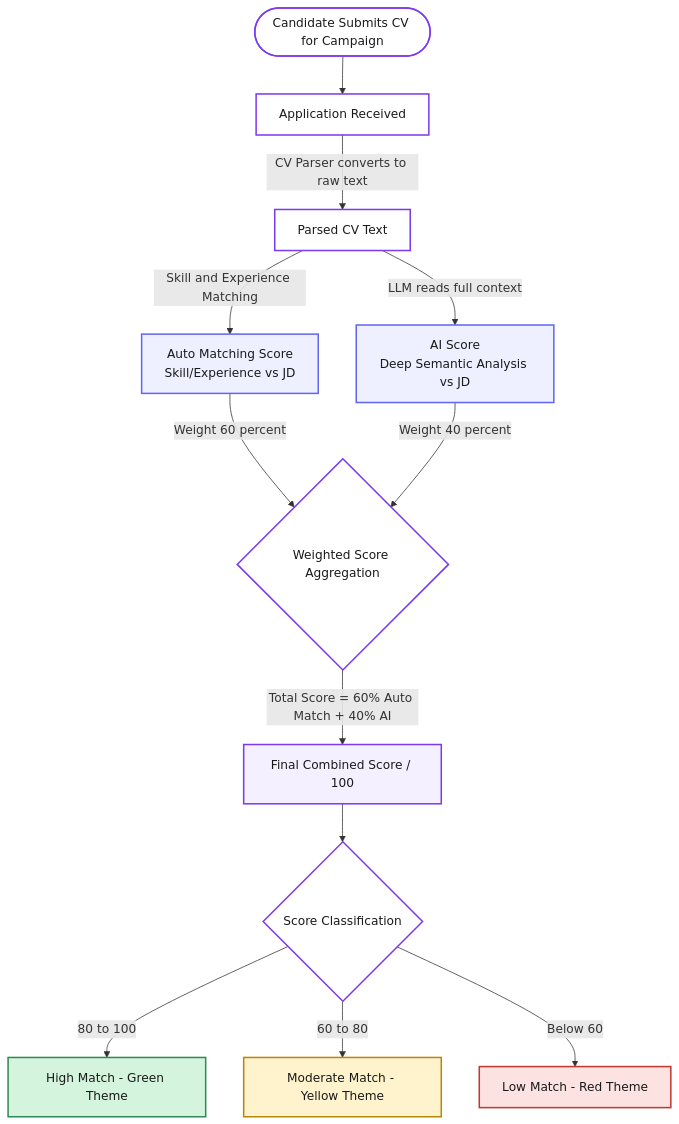
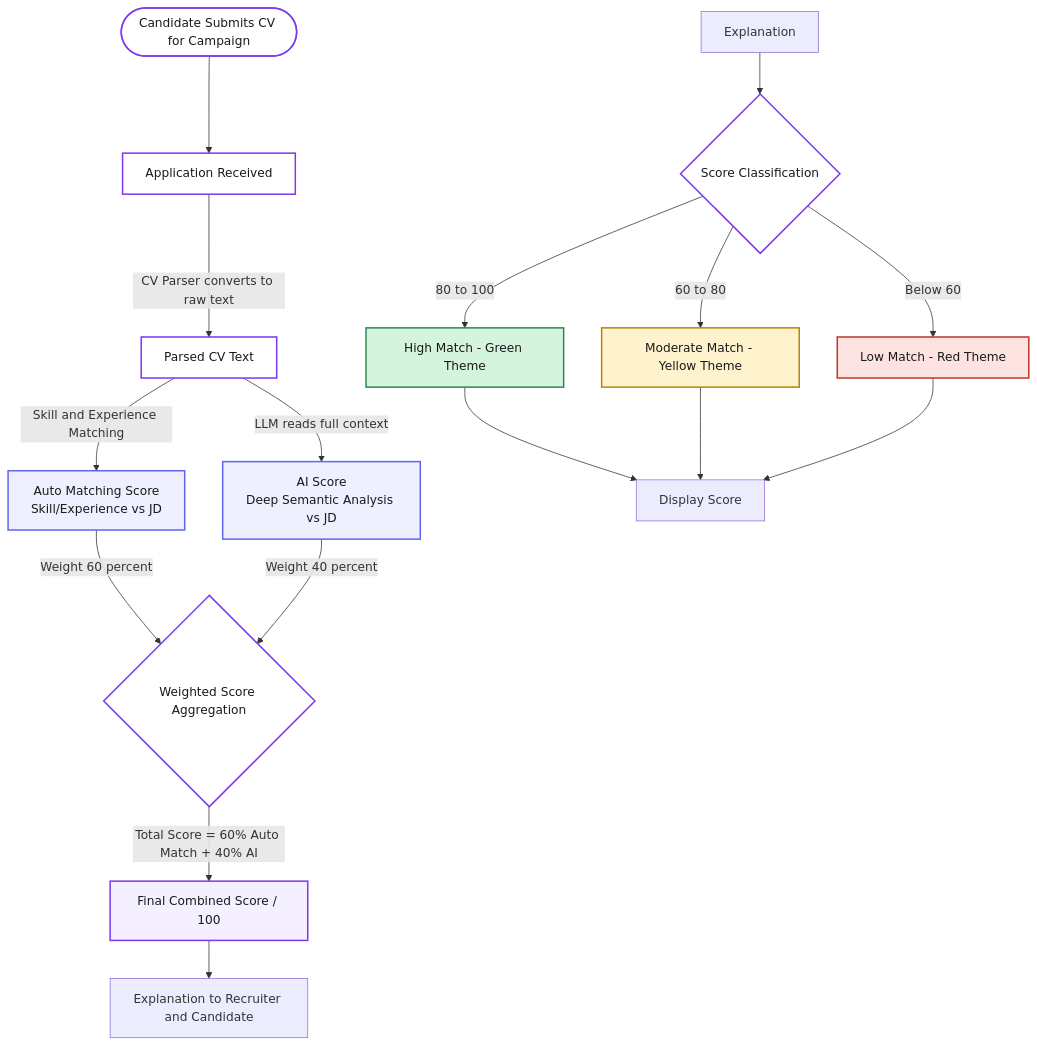
Before and after one commit to quocuy0112/Software-Engineering---Group-9: the diagram in docs/vision_document_preview/Usercase_Diagram_Scoring_Engine.md, drawn with Mermaid. The commit also changed other lines of this file and 4 other files, not shown here.

````diff
--- a/docs/vision_document_preview/Usercase_Diagram_Scoring_Engine.md
+++ b/docs/vision_document_preview/Usercase_Diagram_Scoring_Engine.md
@@ -29,33 +29,39 @@
 ```mermaid
 flowchart TD
     Start([Candidate Submits CV for Campaign]) --> Submitted[Application Received]
     Submitted -->|CV Parser converts to raw text| Parsed[Parsed CV Text]
 
     Parsed -->|Skill and Experience Matching| AutoScore[Auto Matching Score<br/>Skill/Experience vs JD]
     Parsed -->|LLM reads full context| AIScore[AI Score<br/>Deep Semantic Analysis vs JD]
 
     AutoScore -->|Weight 60 percent| Combine{Weighted Score Aggregation}
     AIScore -->|Weight 40 percent| Combine
 
     Combine -->|Total Score = 60% Auto Match + 40% AI| FinalScore[Final Combined Score / 100]
 
-    FinalScore --> Classify{Score Classification}
+    FinalScore --> Explaination[Explanation to Recruiter and Candidate]
+
+    Explanation --> Classify{Score Classification}
 
     Classify -->|80 to 100| Green[High Match - Green Theme]
     Classify -->|60 to 80| Yellow[Moderate Match - Yellow Theme]
     Classify -->|Below 60| Red[Low Match - Red Theme]
+
+    Green --> Display[Display Score]
+    Yellow --> Display[Display Score]
+    Red --> Display[Display Score]
 
     style Start fill:#ffffff,stroke:#7c3aed,stroke-width:2px,color:#1a1a1a
     style Submitted fill:#ffffff,stroke:#7c3aed,stroke-width:2px,color:#1a1a1a
     style Parsed fill:#ffffff,stroke:#7c3aed,stroke-width:2px,color:#1a1a1a
     style Combine fill:#ffffff,stroke:#7c3aed,stroke-width:2px,color:#1a1a1a
     style Classify fill:#ffffff,stroke:#7c3aed,stroke-width:2px,color:#1a1a1a
 
     style AutoScore fill:#eef0ff,stroke:#6366f1,stroke-width:2px,color:#1a1a1a
     style AIScore fill:#eef0ff,stroke:#6366f1,stroke-width:2px,color:#1a1a1a
     style FinalScore fill:#f5f0ff,stroke:#7c3aed,stroke-width:2px,color:#1a1a1a
 
     style Green fill:#d4f4dd,stroke:#2e8b57,stroke-width:2px,color:#1a1a1a
     style Yellow fill:#fff3cd,stroke:#b8860b,stroke-width:2px,color:#1a1a1a
     style Red fill:#fde2e2,stroke:#c0392b,stroke-width:2px,color:#1a1a1a
 ```
````
